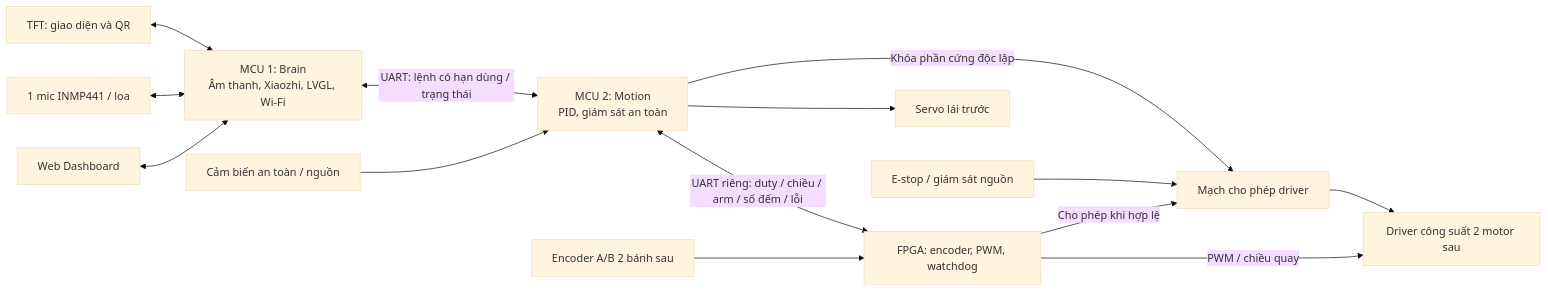
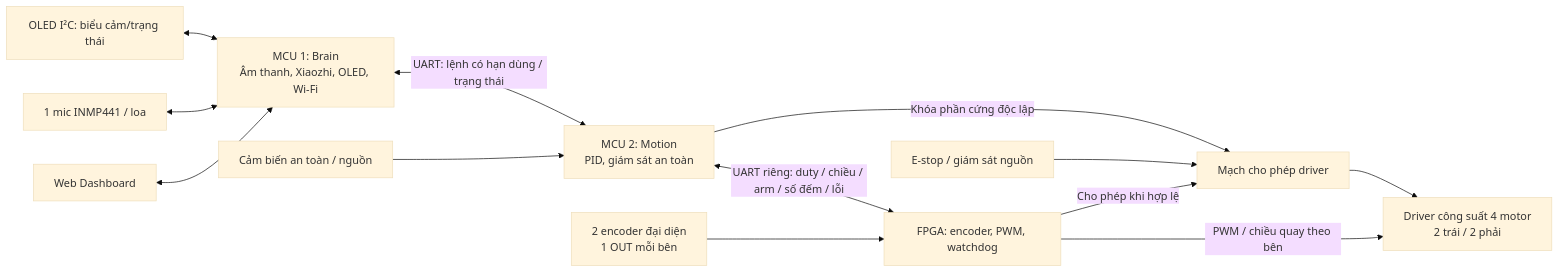
The diagram in README.md (TuanDanny/AW-Car), drawn with Mermaid (base theme) before and after one commit. The commit also changed other lines of this file and 1965 other files, not shown here.

First line of the commit message:
Brain: Dashboard Manual/AI, AP+STA và WS2812 báo trạng thái (#13)

````diff
--- a/README.md
+++ b/README.md
@@ -66,16 +118,15 @@
 ```mermaid
 flowchart LR
-    Web[Web Dashboard] <--> Brain["MCU 1: Brain\nÂm thanh, Xiaozhi, LVGL, Wi-Fi"]
+    Web[Web Dashboard] <--> Brain["MCU 1: Brain\nÂm thanh, Xiaozhi, OLED, Wi-Fi"]
     Audio["1 mic INMP441 / loa"] <--> Brain
-    TFT["TFT: giao diện và QR"] <--> Brain
+    Display["OLED I²C: biểu cảm/trạng thái"] <--> Brain
     Brain <-->|"UART: lệnh có hạn dùng / trạng thái"| Motion["MCU 2: Motion\nPID, giám sát an toàn"]
     Sensors["Cảm biến an toàn / nguồn"] --> Motion
-    Encoder["Encoder A/B 2 bánh sau"] --> FPGA["FPGA: encoder, PWM, watchdog"]
+    Encoder["2 encoder đại diện\n1 OUT mỗi bên"] --> FPGA["FPGA: encoder, PWM, watchdog"]
     Motion <-->|"UART riêng: duty / chiều / arm / số đếm / lỗi"| FPGA
-    FPGA -->|"PWM / chiều quay"| Drive["Driver công suất 2 motor sau"]
-    Motion --> Servo["Servo lái trước"]
+    FPGA -->|"PWM / chiều quay theo bên"| Drive["Driver công suất 4 motor\n2 trái / 2 phải"]
     Motion -->|"Khóa phần cứng độc lập"| Gate["Mạch cho phép driver"]
     FPGA -->|"Cho phép khi hợp lệ"| Gate
     Stop["E-stop / giám sát nguồn"] --> Gate
     Gate --> Drive
 ```
````
